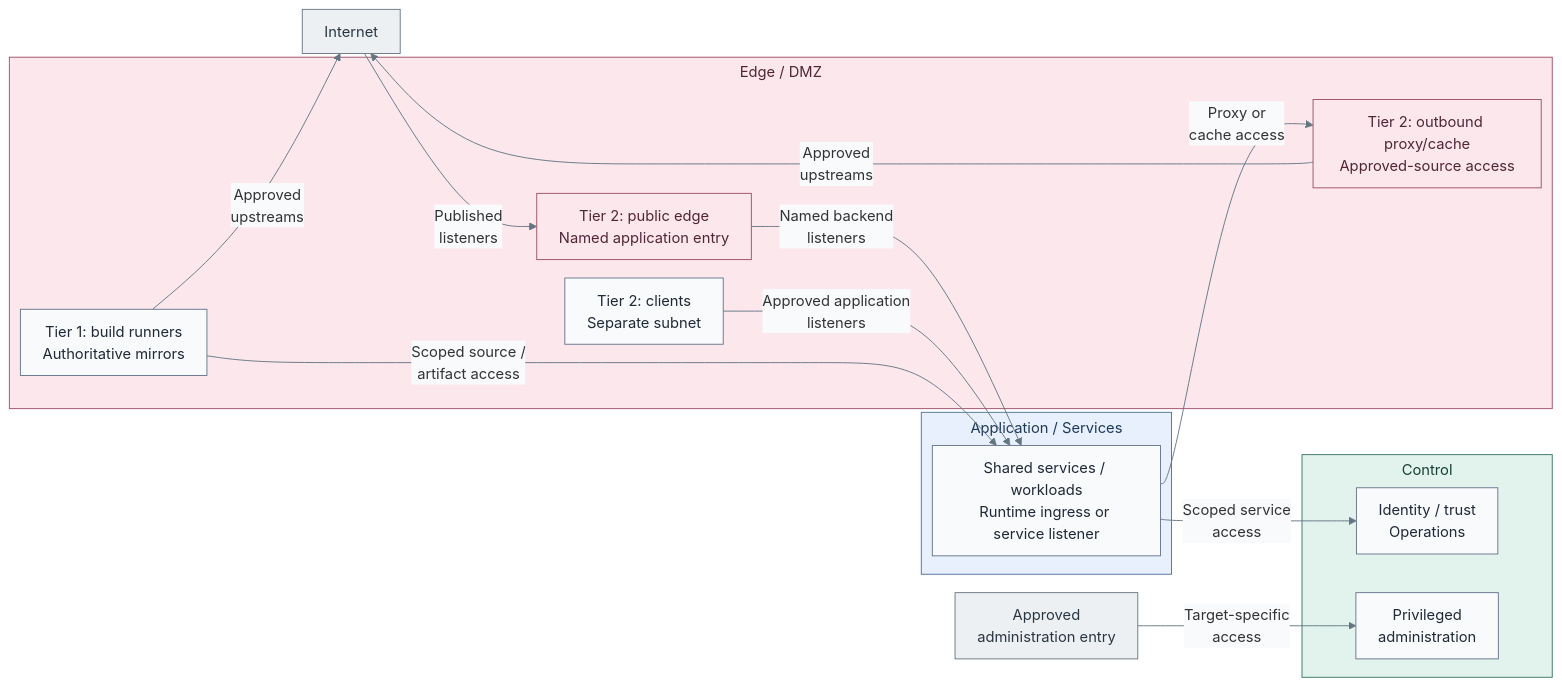
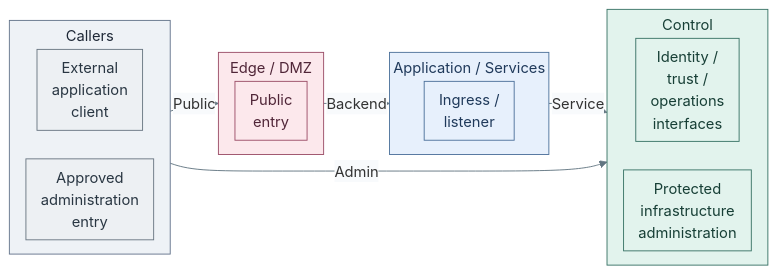
One commit to Rexus/homelab changed the first of 2 diagrams in docs/01-architecture/05-networking/README.md. Above: the diagram before and after it, drawn with Mermaid. The commit also changed other lines of this file and 279 other files, not shown here.

````diff
--- a/docs/01-architecture/05-networking/README.md
+++ b/docs/01-architecture/05-networking/README.md
@@ -43,37 +22,37 @@
 ```mermaid
-%%{init: {"theme":"base","flowchart":{"nodeSpacing":20,"rankSpacing":24,"padding":12,"subGraphTitleMargin":{"top":4,"bottom":12}},"themeVariables":{"lineColor":"#627581","edgeLabelBackground":"#f8fafc"}}}%%
+%%{init: {"theme":"base","flowchart":{"nodeSpacing":16,"rankSpacing":6,"padding":8,"subGraphTitleMargin":{"top":4,"bottom":12}},"themeVariables":{"lineColor":"#627581","edgeLabelBackground":"#f8fafc"}}}%%
 flowchart LR
-  Internet["Internet"]
-  AdminEntry["Approved<br/>administration entry"]
+  subgraph Access["Callers"]
+    direction TB
+    Internet["External<br/>application<br/>client"]
+    AdminEntry["Approved<br/>administration<br/>entry"]
+    Internet ~~~ AdminEntry
+  end
   subgraph Edge["Edge / DMZ"]
-    Clients["Tier 2: clients<br/>Separate subnet"]
-    Gateways["Tier 2: public edge<br/>Named application entry"]
-    Cache["Tier 2: outbound proxy/cache<br/>Approved-source access"]
-    Supply["Tier 1: build runners<br/>Authoritative mirrors"]
+    Gateways["Public<br/>entry"]
   end
   subgraph Application["Application / Services"]
-    Services["Shared services / workloads<br/>Runtime ingress or service listener"]
+    Services["Ingress /<br/>listener"]
   end
   subgraph Control["Control"]
-    Endpoints["Identity / trust<br/>Operations"]
-    Administration["Privileged<br/>administration"]
+    direction TB
+    Endpoints["Identity /<br/>trust /<br/>operations<br/>interfaces"]
+    Administration["Protected<br/>infrastructure<br/>administration"]
+    Endpoints ~~~ Administration
   end
-  Internet -->|Published<br/>listeners| Gateways
-  Gateways -->|Named backend<br/>listeners| Services
-  Clients -->|Approved application<br/>listeners| Services
-  Services -->|Scoped service<br/>access| Endpoints
-  Services -->|Proxy or<br/>cache access| Cache
-  Cache -->|Approved<br/>upstreams| Internet
-  Supply -->|Approved<br/>upstreams| Internet
-  Supply -->|Scoped source /<br/>artifact access| Services
-  AdminEntry -->|Target-specific<br/>access| Administration
+  Access -->|Public| Edge
+  Edge -->|Backend| Application
+  Application -->|Service| Control
+  Access -->|Admin| Control
   classDef default fill:#f8fafc,stroke:#64748b,color:#1f2937
-  classDef actor fill:#edf0f3,stroke:#697682,color:#293642
+  classDef boundary fill:#eef2f6,stroke:#64748b,color:#1f2937
   classDef edge fill:#fce8ec,stroke:#9b4d67,color:#502638
   classDef services fill:#e7f0fc,stroke:#4d719b,color:#203a5b
   classDef control fill:#e2f3ed,stroke:#397366,color:#173f36
+  classDef actor fill:#edf0f3,stroke:#697682,color:#293642
+  class Access boundary
   class Internet,AdminEntry actor
-  class Edge,Gateways,Cache edge
-  class Application services
-  class Control control
+  class Edge,Gateways edge
+  class Application,Services services
+  class Control,Endpoints,Administration control
 ```
````
